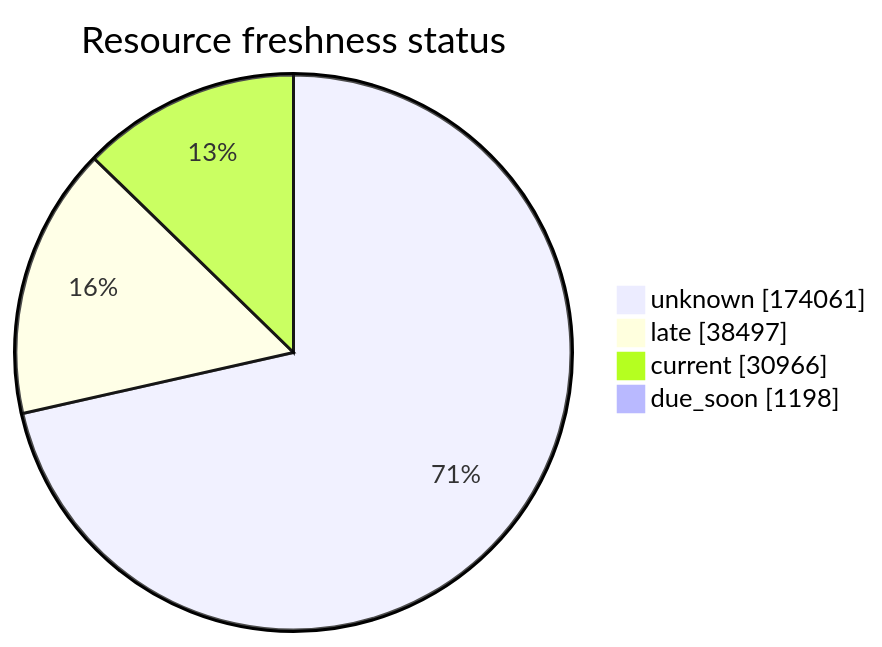
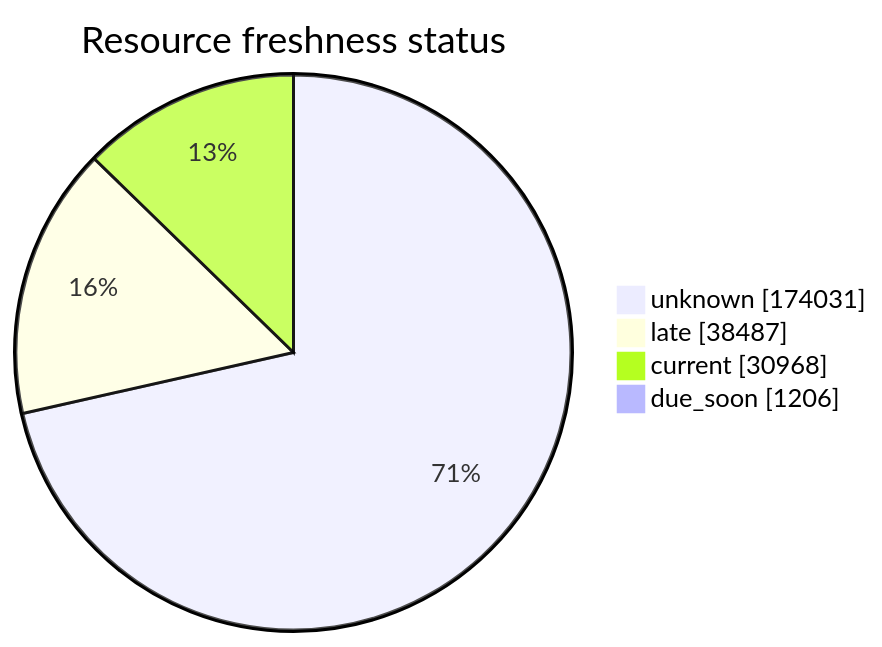
The third of 5 diagrams in FreshCheck/README.md (open-data/analytics-corporate-reporting), drawn with Mermaid before and after one commit. The commit also changed other lines of this file and 3 other files, not shown here.

````diff
--- a/FreshCheck/README.md
+++ b/FreshCheck/README.md
@@ -77,7 +77,7 @@
 ```mermaid
 pie showData title Resource freshness status
-    "unknown": 174061
-    "late": 38497
-    "current": 30966
-    "due_soon": 1198
+    "unknown": 174031
+    "late": 38487
+    "current": 30968
+    "due_soon": 1206
 ```
````
